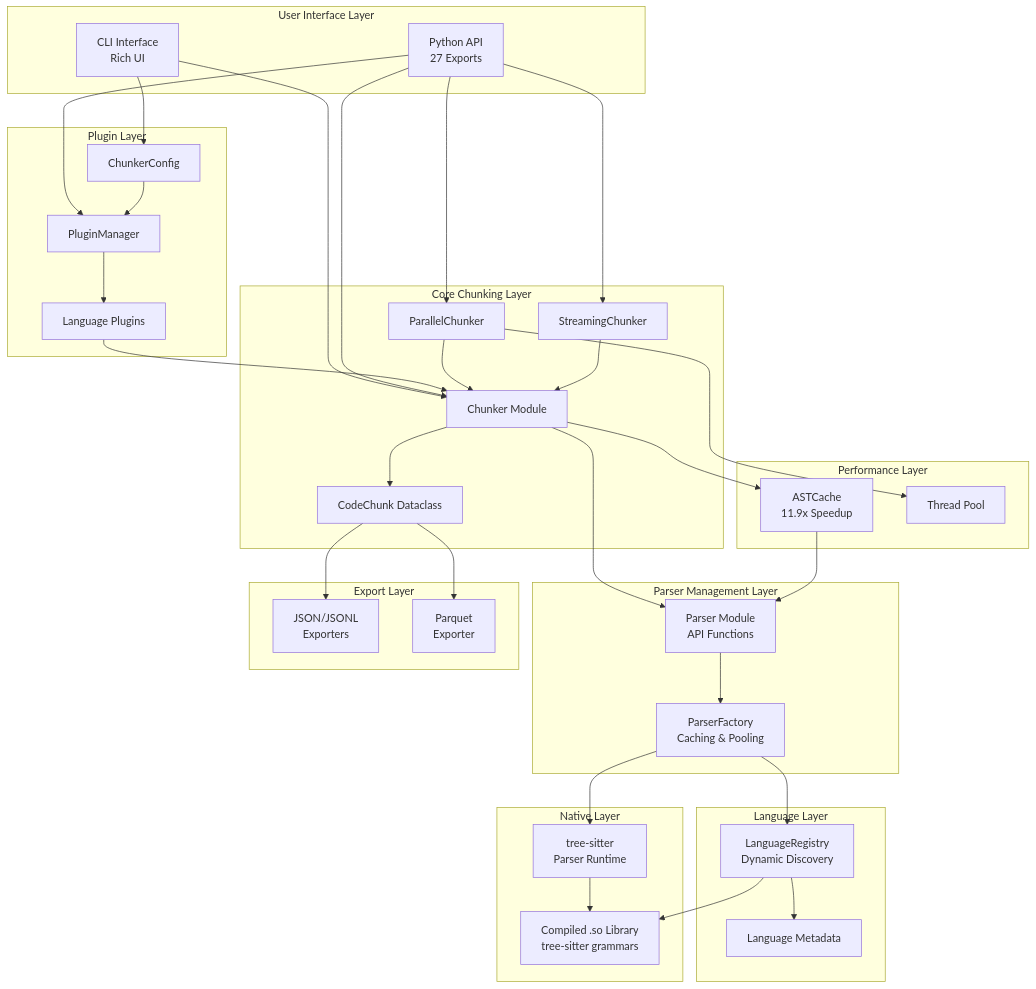
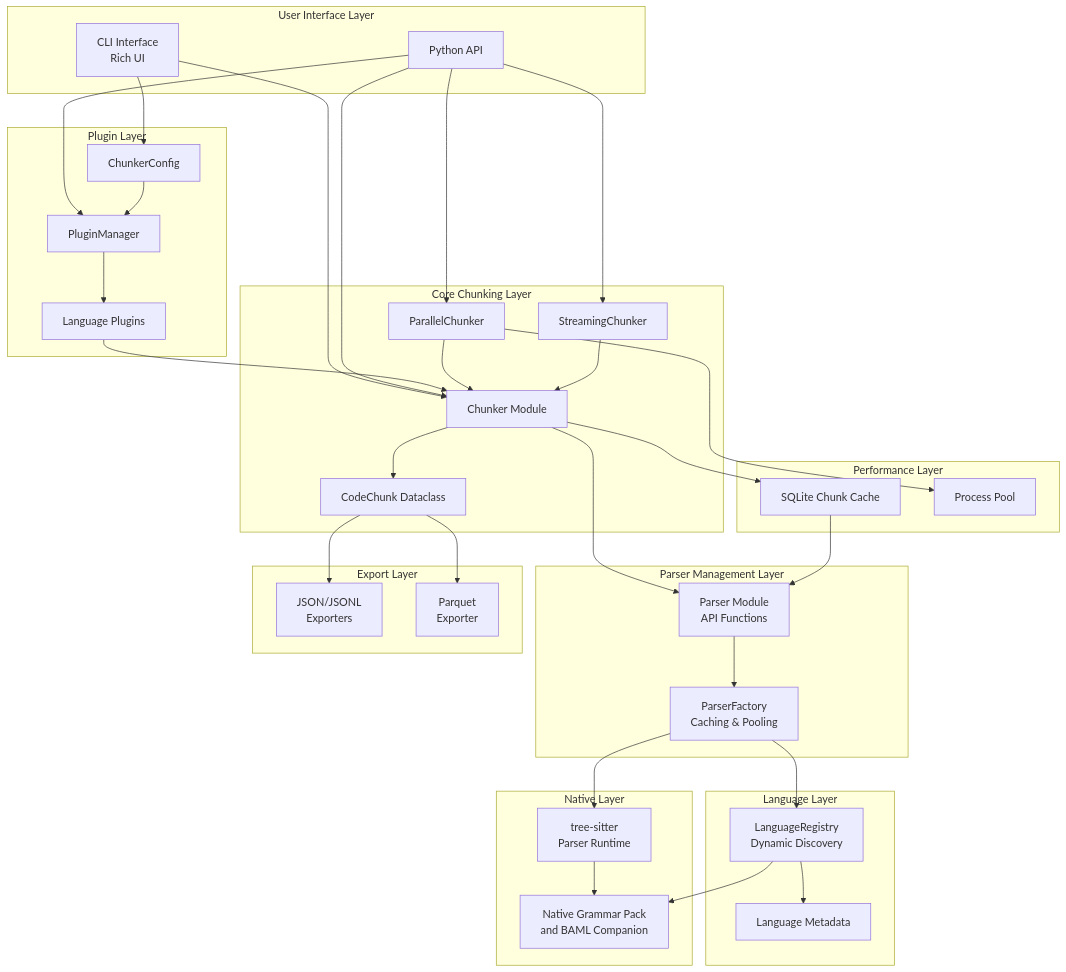
One commit to Consiliency/treesitter-chunker changed the first of 9 diagrams in docs/architecture.md. Above: the diagram before and after it, drawn with Mermaid. The commit also changed other lines of this file and 20 other files, not shown here.

````diff
--- a/docs/architecture.md
+++ b/docs/architecture.md
@@ -30,74 +30,74 @@
 ```mermaid
 graph TB
     subgraph "User Interface Layer"
         CLI[CLI Interface<br/>Rich UI]
-        API[Python API<br/>27 Exports]
+        API[Python API]
     end
     
     subgraph "Plugin Layer"
         PLM[PluginManager]
         PL[Language Plugins]
         CFG[ChunkerConfig]
     end
     
     subgraph "Core Chunking Layer"
         CM[Chunker Module]
         PC[ParallelChunker]
         SC[StreamingChunker]
         CC[CodeChunk Dataclass]
     end
     
     subgraph "Performance Layer"
-        AC[ASTCache<br/>11.9x Speedup]
-        TP[Thread Pool]
+        AC[SQLite Chunk Cache]
+        TP[Process Pool]
     end
     
     subgraph "Parser Management Layer"
         PM[Parser Module<br/>API Functions]
         PF[ParserFactory<br/>Caching & Pooling]
     end
     
     subgraph "Language Layer"
         LR[LanguageRegistry<br/>Dynamic Discovery]
         LM[Language Metadata]
     end
     
     subgraph "Export Layer"
         JE[JSON/JSONL<br/>Exporters]
         PE[Parquet<br/>Exporter]
     end
     
     subgraph "Native Layer"
-        SO[Compiled .so Library<br/>tree-sitter grammars]
+        SO[Native Grammar Pack<br/>and BAML Companion]
         TS[tree-sitter<br/>Parser Runtime]
     end
     
     CLI --> CFG
     CLI --> CM
     API --> CM
     API --> PC
     API --> SC
     API --> PLM
     
     CFG --> PLM
     PLM --> PL
     PL --> CM
     
     CM --> AC
     PC --> TP
     PC --> CM
     SC --> CM
     
     CM --> PM
     CM --> CC
     AC --> PM
     PM --> PF
     PF --> LR
     LR --> LM
     LR --> SO
     PF --> TS
     TS --> SO
     
     CC --> JE
     CC --> PE
 ```
````
